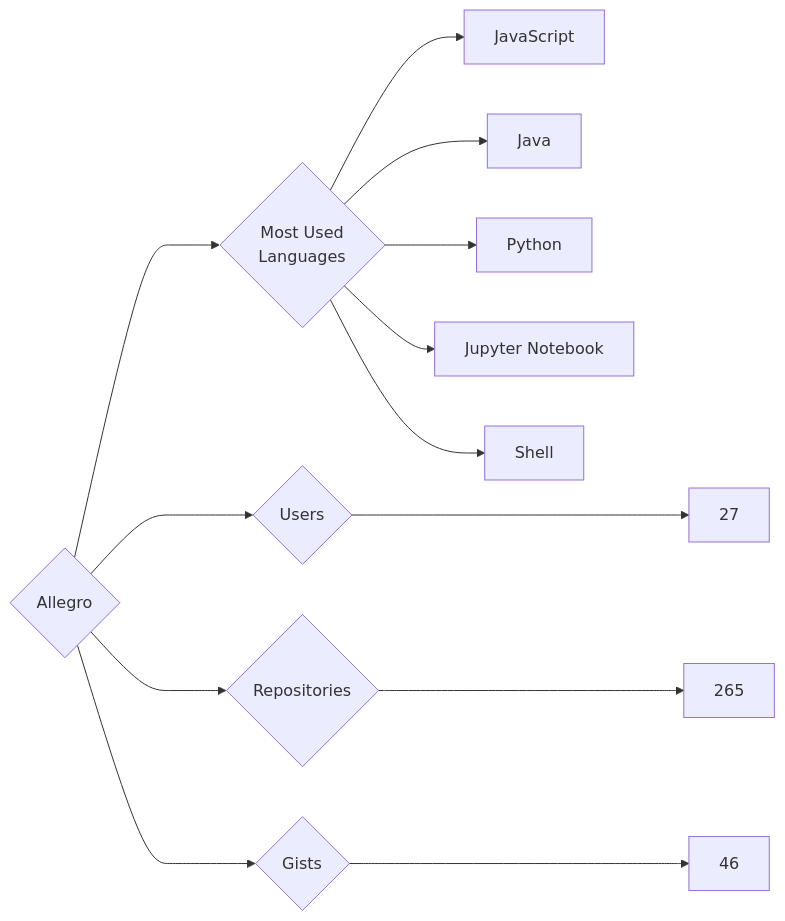
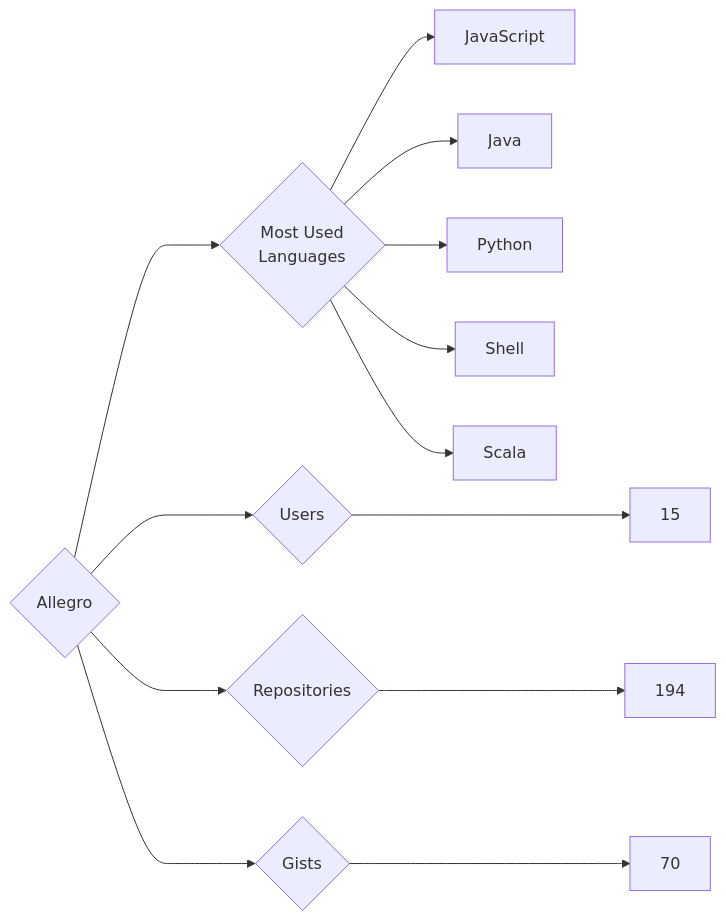
One commit to trickest/insiders changed the diagram in targets/Allegro/README.md. Above: the diagram before and after it, drawn with Mermaid. The commit also changed 861 other files, not shown here.

````diff
--- a/targets/Allegro/README.md
+++ b/targets/Allegro/README.md
@@ -3,13 +3,13 @@
 ```mermaid
 graph LR
 COMPANY_NAME{Allegro}
-COMPANY_NAME ---> U{Users} ---> UN[27]
-COMPANY_NAME ---> R{Repositories} ---> RN[265]
-COMPANY_NAME ---> G{Gists} ---> GN[46]
+COMPANY_NAME ---> U{Users} ---> UN[15]
+COMPANY_NAME ---> R{Repositories} ---> RN[194]
+COMPANY_NAME ---> G{Gists} ---> GN[70]
 COMPANY_NAME ---> ML{Most Used<br>Languages}
 ML --> JavaScript[JavaScript]
 ML --> Java[Java]
 ML --> Python[Python]
-ML --> Jupyter_Notebook[Jupyter Notebook]
 ML --> Shell[Shell]
+ML --> Scala[Scala]
 ```
````
